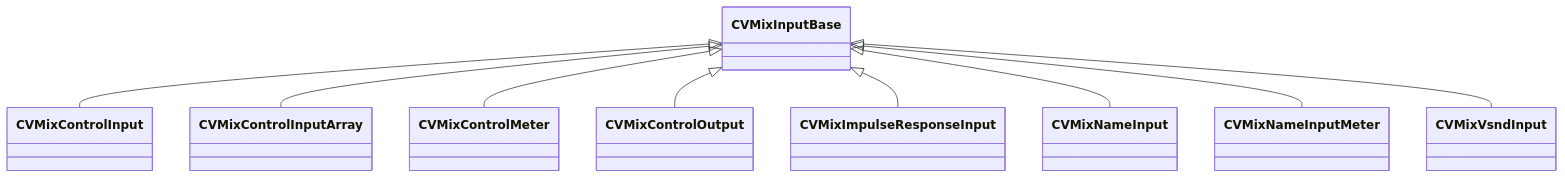
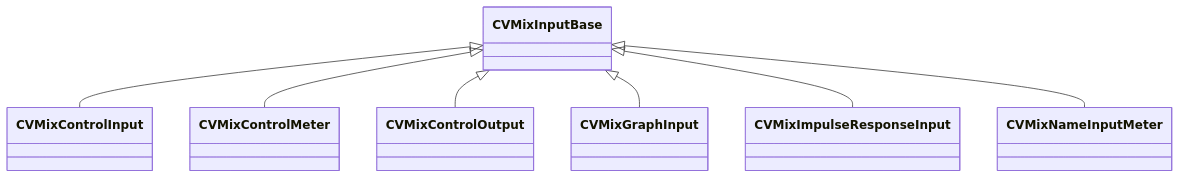
One commit to CS2OpenDev/CS2OpenDev-Docs changed the diagram in docs/generated/schemas/soundsystem_lowlevel/CVMixInputBase.md. Above: the diagram before and after it, drawn with Mermaid. The commit also changed other lines of this file and 4654 other files, not shown here.

Commit message:
docs: regenerate for SchemaTracker build 25947352 [skip ci]

````diff
--- a/docs/generated/schemas/soundsystem_lowlevel/CVMixInputBase.md
+++ b/docs/generated/schemas/soundsystem_lowlevel/CVMixInputBase.md
@@ -19,11 +19,9 @@
 ```mermaid
 classDiagram
     CVMixInputBase <|-- CVMixControlInput
-    CVMixInputBase <|-- CVMixControlInputArray
     CVMixInputBase <|-- CVMixControlMeter
     CVMixInputBase <|-- CVMixControlOutput
+    CVMixInputBase <|-- CVMixGraphInput
     CVMixInputBase <|-- CVMixImpulseResponseInput
-    CVMixInputBase <|-- CVMixNameInput
     CVMixInputBase <|-- CVMixNameInputMeter
-    CVMixInputBase <|-- CVMixVsndInput
 ```
````
